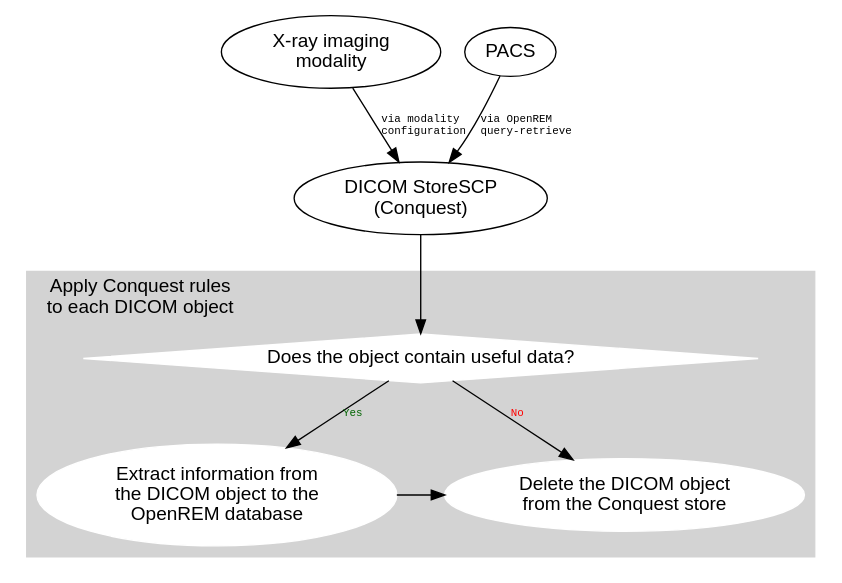
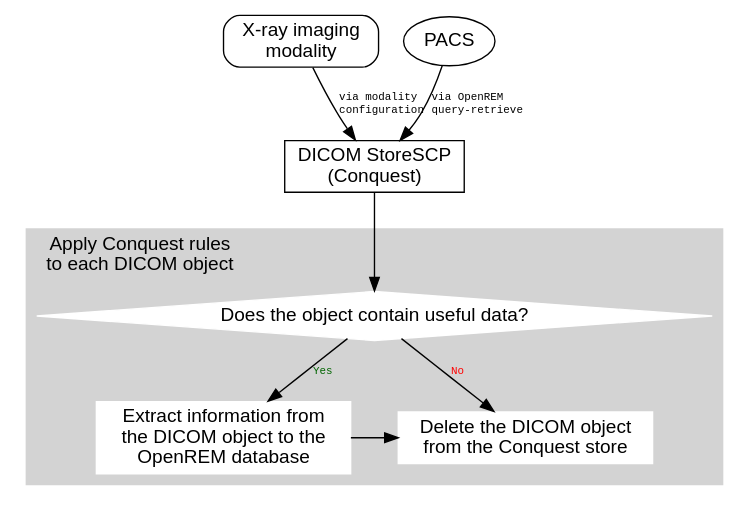
Before and after one commit to ckswilliams/modOpenREM: the second of 2 diagrams in docs/testgraphviz.rst, drawn with Graphviz. The commit also changed other lines of this file, not shown here.

```diff
--- a/docs/testgraphviz.rst
+++ b/docs/testgraphviz.rst
@@ -56,31 +56,31 @@
 .. graphviz::
 
    digraph {
 
       subgraph cluster_rules {
          label = "Apply Conquest rules\nto each DICOM object";
-         node [style=filled,color=white];
+         node [style=filled color=white];
          style=filled;
          color=lightgrey;
          labelloc=t;
          labeljust=l;
          fontname="Helvetica"
 
-         conquest_script -> populate_database [label="Yes", fontcolor=darkgreen, fontsize=8, fontname="Courier"];
+         conquest_script -> populate_database [label="Yes" fontcolor=darkgreen fontsize=8 fontname="Courier"];
          populate_database -> delete_object;
-         conquest_script -> delete_object [label="No", fontcolor=red, fontsize=8, fontname="Courier"];
+         conquest_script -> delete_object [label="No" fontcolor=red fontsize=8 fontname="Courier"];
 
          {rank=same; populate_database delete_object};
       }
 
-      modality -> conquest [label="via modality\lconfiguration\l", fontsize=8, fontname="Courier"];
-      pacs -> conquest [label="via OpenREM\lquery-retrieve\l", fontsize=8, fontname="Courier"];
+      modality -> conquest [label="via modality\lconfiguration\l" fontsize=8 fontname="Courier"];
+      pacs -> conquest [label="via OpenREM\lquery-retrieve\l" fontsize=8 fontname="Courier"];
       conquest -> conquest_script;
 
-      modality [label="X-ray imaging\nmodality", fontname="Helvetica", tooltip="Data send from an x-ray imaging modality"];
-      pacs [label="PACS", fontname="Helvetica", tooltip="A Picture Archiving and Communication System"];
-      conquest [label="DICOM StoreSCP\n(Conquest)", fontname="Helvetica", tooltip="Conquest, acting as a DICOM storage SCP"];
-      conquest_script [shape=diamond, label="Does the object contain useful data?", fontname="Helvetica", tooltip="Process the rules in dicom.ini"];
-      populate_database [label="Extract information from\nthe DICOM object to the\nOpenREM database", fontname="Helvetica", tooltip="Extract data using OpenREM's python scripts"];
-      delete_object [label="Delete the DICOM object\nfrom the Conquest store", fontname="Helvetica", tooltip="Delete the DICOM object from the local store SCP"];
+      modality [label="X-ray imaging\nmodality" fontname="Helvetica" tooltip="Data send from an x-ray imaging modality" shape="box" style="rounded"];
+      pacs [label="PACS" fontname="Helvetica" tooltip="A Picture Archiving and Communication System"];
+      conquest [label="DICOM StoreSCP\n(Conquest)" fontname="Helvetica" tooltip="Conquest, acting as a DICOM storage SCP" shape="box"];
+      conquest_script [shape=diamond label="Does the object contain useful data?" fontname="Helvetica" tooltip="Process the rules in dicom.ini"];
+      populate_database [label="Extract information from\nthe DICOM object to the\nOpenREM database" fontname="Helvetica", tooltip="Extract data using OpenREM's python scripts" shape="box"];
+      delete_object [label="Delete the DICOM object\nfrom the Conquest store" fontname="Helvetica" tooltip="Delete the DICOM object from the local store SCP" shape="box"];
    }
```
